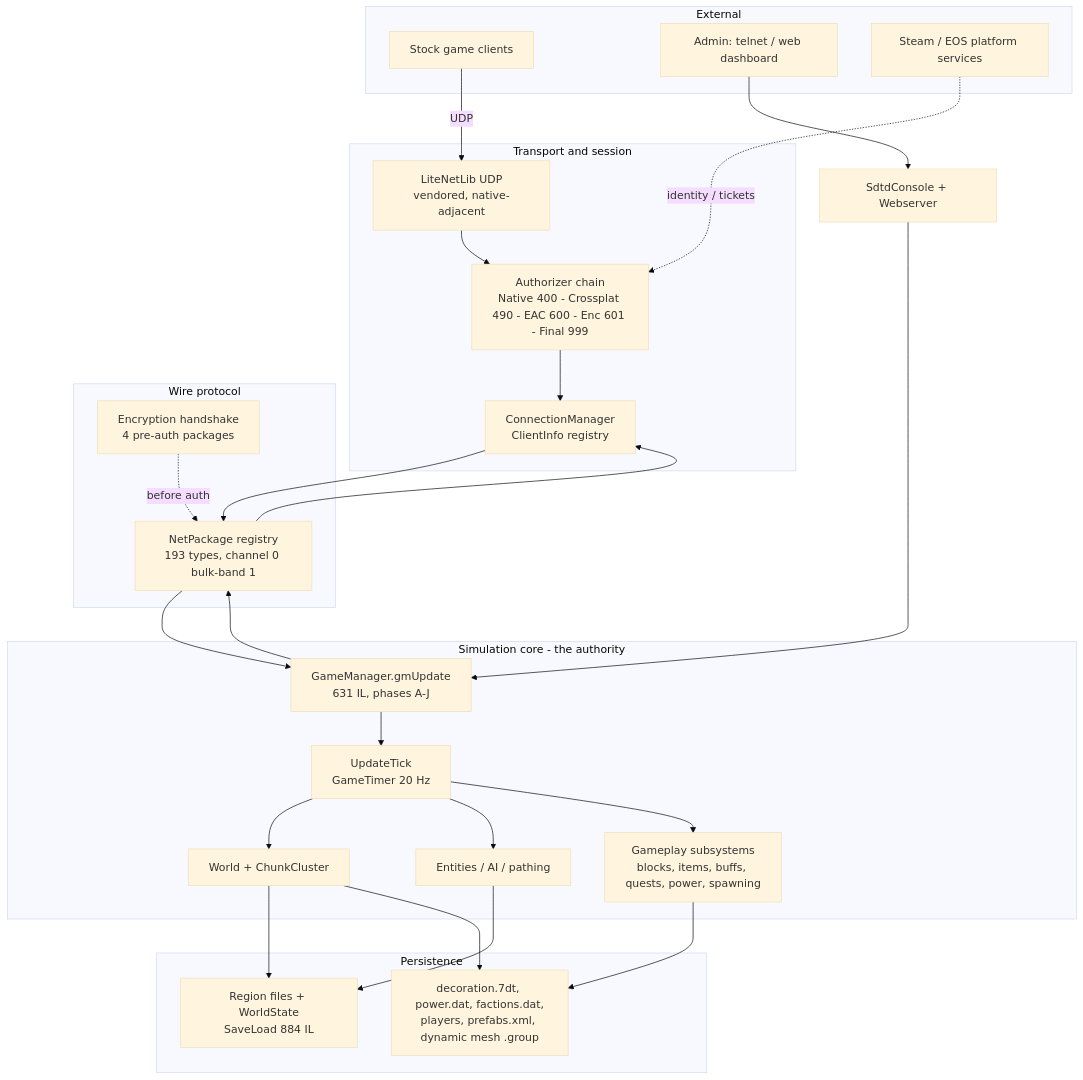
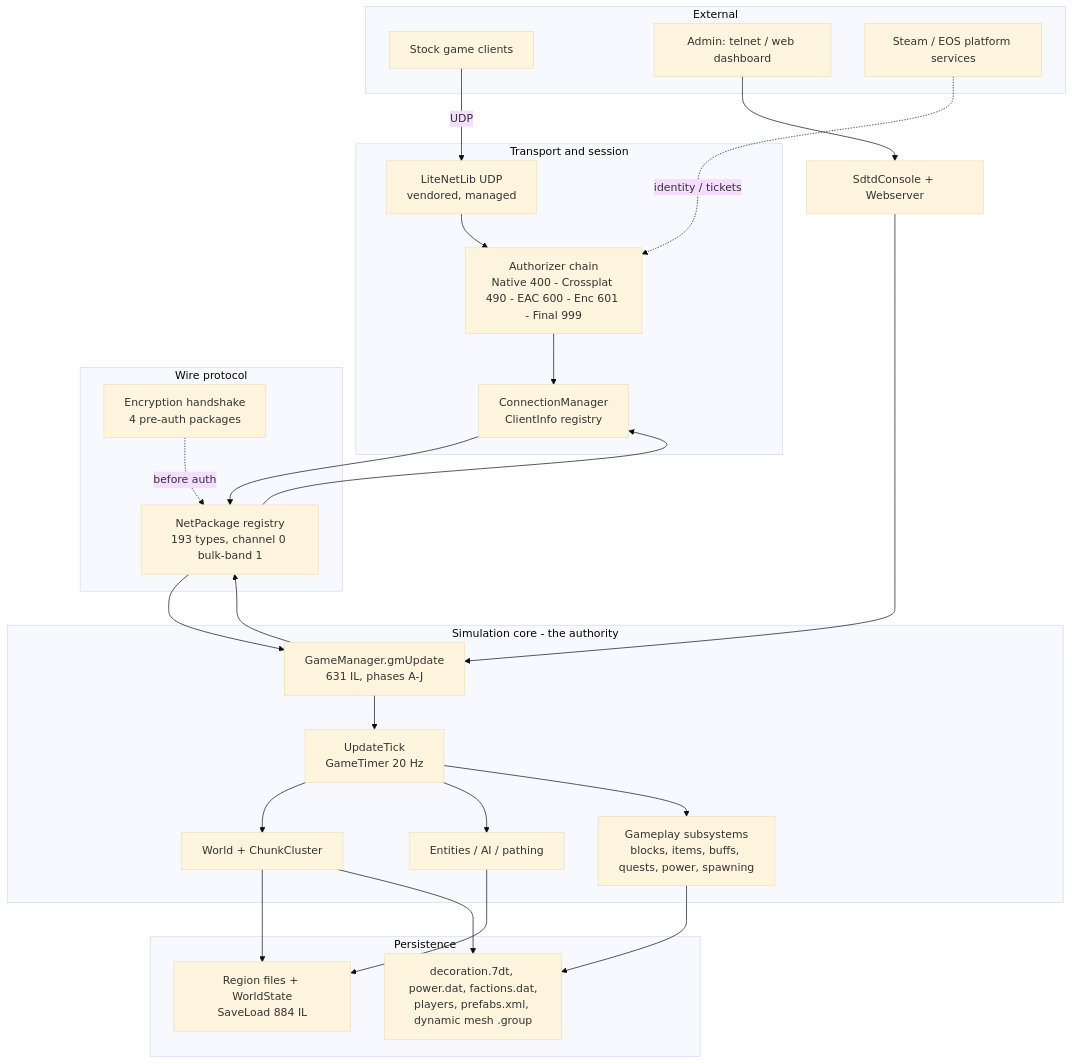
The first of 8 diagrams in docs/architecture-map.md (hordeforge/7dtd-engine-research), drawn with Mermaid (base theme) before and after one commit. The commit also changed 4 other files, not shown here.

Commit message:
Tier-C: close LiteNetLib join-churn flake root cause (managed race, network.md 4.0)

````diff
--- a/docs/architecture-map.md
+++ b/docs/architecture-map.md
@@ -20,52 +20,52 @@
 ```mermaid
 flowchart TB
   subgraph EXT[External]
     CL[Stock game clients]
     ADM[Admin: telnet / web dashboard]
     PLAT[Steam / EOS platform services]
   end
 
   subgraph TRANSPORT[Transport and session]
-    LNL[LiteNetLib UDP<br/>vendored, native-adjacent]
+    LNL[LiteNetLib UDP<br/>vendored, managed]
     AUTH[Authorizer chain<br/>Native 400 - Crossplat 490 - EAC 600 - Enc 601 - Final 999]
     CONN[ConnectionManager<br/>ClientInfo registry]
   end
 
   subgraph WIRE[Wire protocol]
     PKG[NetPackage registry<br/>193 types, channel 0 bulk-band 1]
     ENC[Encryption handshake<br/>4 pre-auth packages]
   end
 
   subgraph SIM[Simulation core - the authority]
     GM[GameManager.gmUpdate<br/>631 IL, phases A-J]
     TICK[UpdateTick<br/>GameTimer 20 Hz]
     WORLD[World + ChunkCluster]
     ENT[Entities / AI / pathing]
     SUBS[Gameplay subsystems<br/>blocks, items, buffs, quests, power, spawning]
   end
 
   subgraph PERSIST[Persistence]
     REG[Region files + WorldState<br/>SaveLoad 884 IL]
     AUX[decoration.7dt, power.dat, factions.dat,<br/>players, prefabs.xml, dynamic mesh .group]
   end
 
   CL -->|UDP| LNL
   LNL --> AUTH
   AUTH --> CONN
   PLAT -.identity / tickets.-> AUTH
   CONN --> PKG
   PKG --> CONN
   ENC -.before auth.-> PKG
   PKG --> GM
   GM --> PKG
   ADM --> CONS[SdtdConsole + Webserver]
   CONS --> GM
   GM --> TICK
   TICK --> WORLD
   TICK --> ENT
   TICK --> SUBS
   WORLD --> REG
   ENT --> REG
   SUBS --> AUX
   WORLD --> AUX
 ```
````
